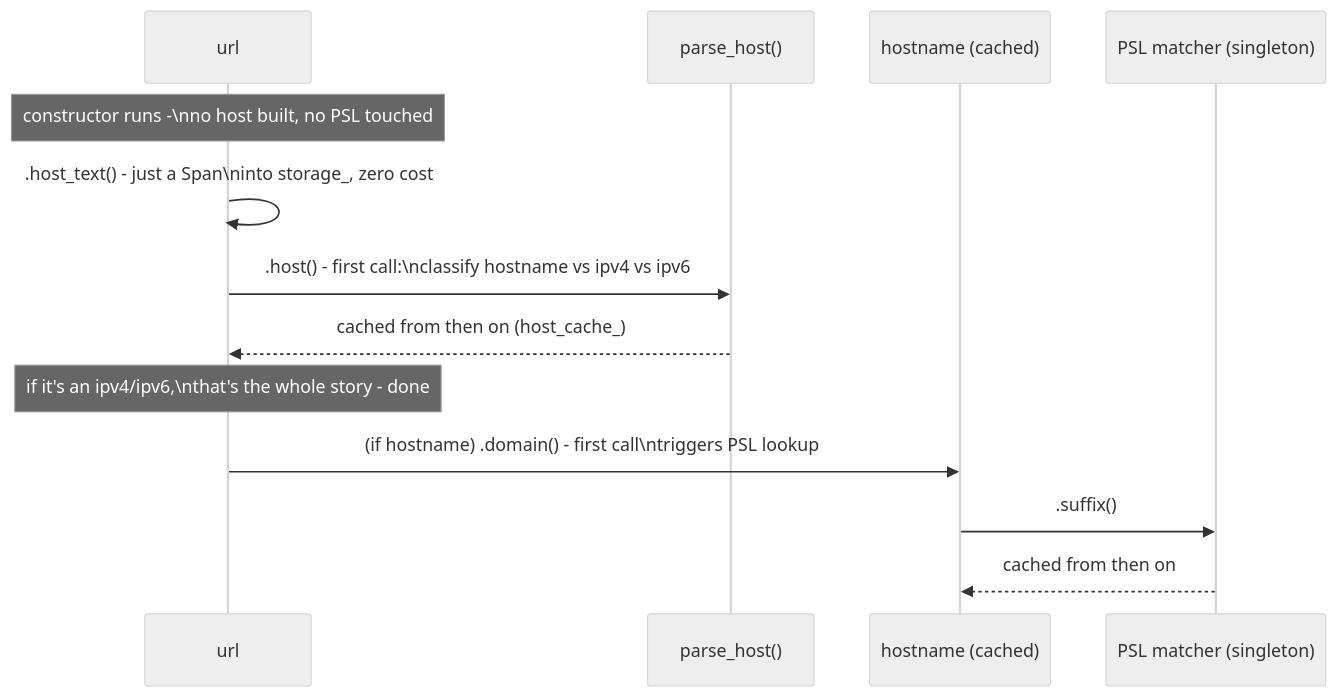
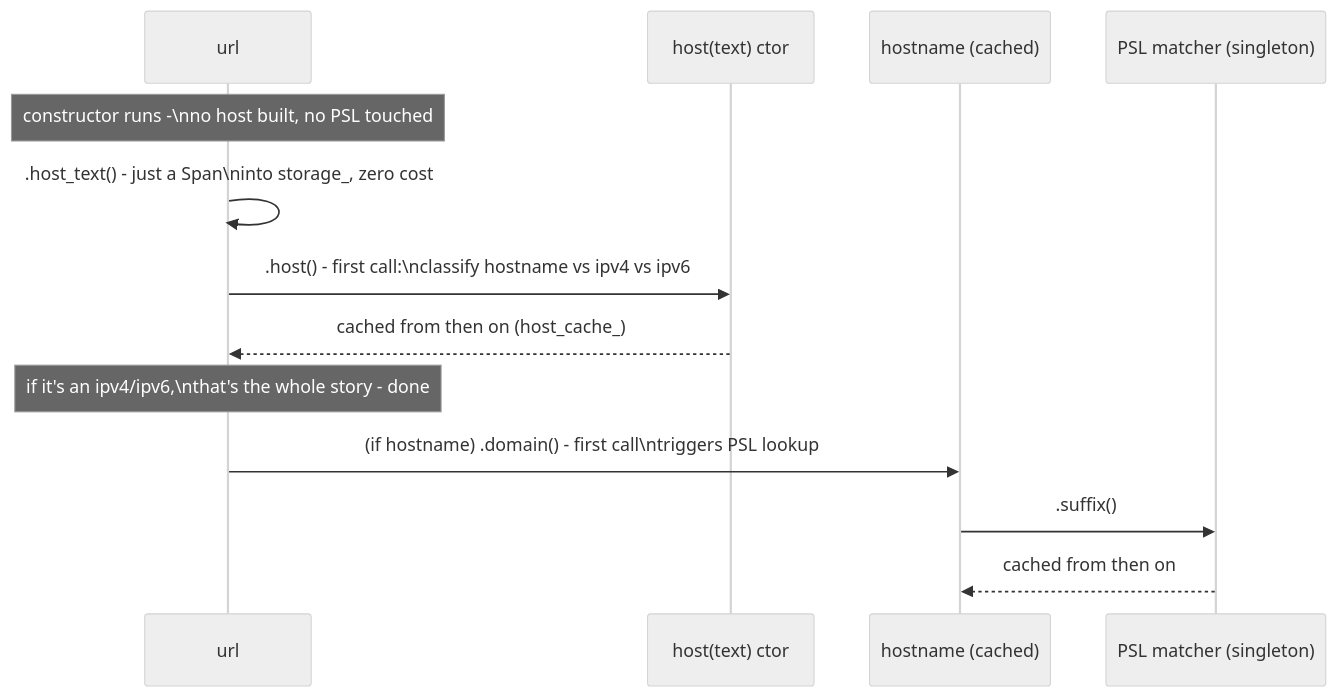
One commit to MohammadRaziei/liburlparser changed the fourth of 6 diagrams in ARCHITECTURE.md. Above: the diagram before and after it, drawn with Mermaid (neutral theme). The commit also changed other lines of this file and 3 other files, not shown here.

````diff
--- a/ARCHITECTURE.md
+++ b/ARCHITECTURE.md
@@ -237,15 +246,15 @@
 ```mermaid
 sequenceDiagram
     participant U as url
-    participant PH as parse_host()
+    participant PH as host(text) ctor
     participant H as hostname (cached)
     participant PSL as PSL matcher (singleton)
     Note over U: constructor runs -\nno host built, no PSL touched
     U->>U: .host_text() - just a Span\ninto storage_, zero cost
     U->>PH: .host() - first call:\nclassify hostname vs ipv4 vs ipv6
     PH-->>U: cached from then on (host_cache_)
     Note over U: if it's an ipv4/ipv6,\nthat's the whole story - done
     U->>H: (if hostname) .domain() - first call\ntriggers PSL lookup
     H->>PSL: .suffix()
     PSL-->>H: cached from then on
 ```
````
